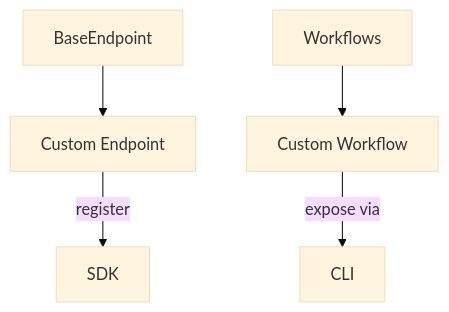
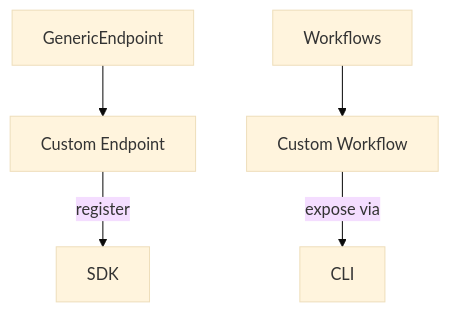
One commit to fderuiter/imednet-toolkit changed the diagram in docs/diagrams/architecture_5.mmd. Above: the diagram before and after it, drawn with Mermaid (base theme). The commit also changed 31 other files, not shown here.

```diff
--- a/docs/diagrams/architecture_5.mmd
+++ b/docs/diagrams/architecture_5.mmd
@@ -1,7 +1,7 @@
 graph TD
     accTitle: Endpoint and Workflow Extension Architecture
-    accDescr: Diagram showing custom endpoints inheriting BaseEndpoint to register on the SDK and custom workflows exposed via the CLI
-    BaseEndpoint --> NewEndpoint[Custom Endpoint]
+    accDescr: Diagram showing custom endpoints inheriting GenericEndpoint to register on the SDK and custom workflows exposed via the CLI
+    GenericEndpoint --> NewEndpoint[Custom Endpoint]
     Workflows --> NewWorkflow[Custom Workflow]
     NewEndpoint --> |register| SDK
     NewWorkflow --> |expose via| CLI
```
